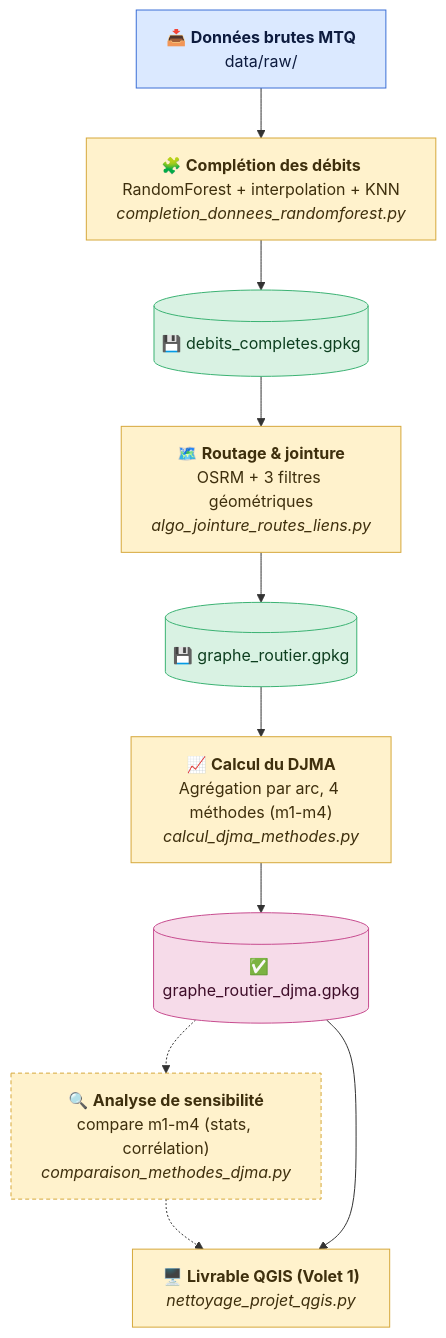
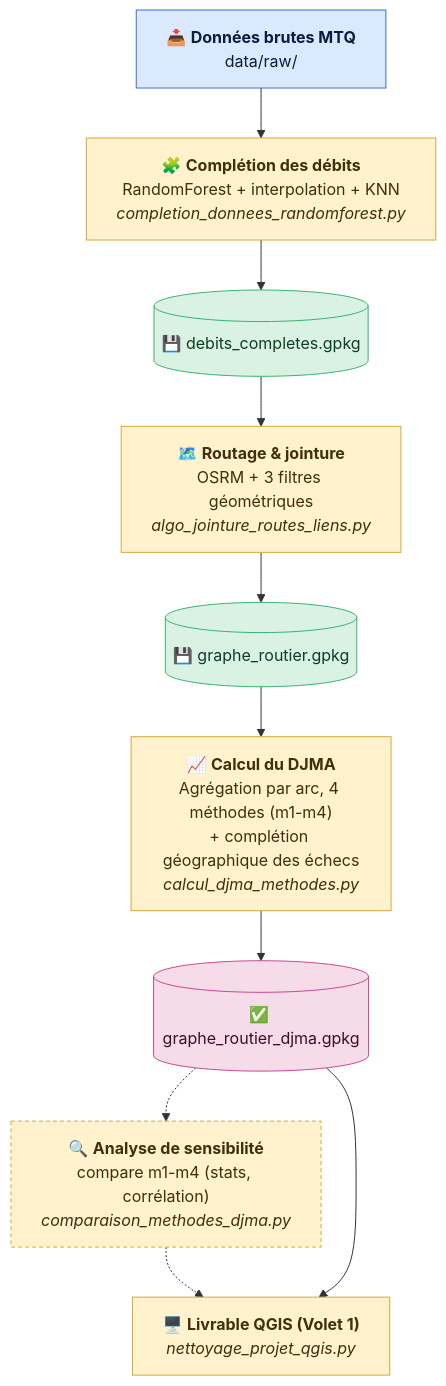
The diagram in README.md (akrambouznad789-cyber/projet-resilience-cirano), drawn with Mermaid before and after one commit. The commit also changed other lines of this file and 4 other files, not shown here.

````diff
--- a/README.md
+++ b/README.md
@@ -17,29 +17,29 @@
 ```mermaid
 flowchart TD
     A["📥 <b>Données brutes MTQ</b><br/>data/raw/"]
     B["🧩 <b>Complétion des débits</b><br/>RandomForest + interpolation + KNN<br/><i>completion_donnees_randomforest.py</i>"]
     C[("💾 debits_completes.gpkg")]
     D["🗺️ <b>Routage &amp; jointure</b><br/>OSRM + 3 filtres géométriques<br/><i>algo_jointure_routes_liens.py</i>"]
     E[("💾 graphe_routier.gpkg")]
-    F["📈 <b>Calcul du DJMA</b><br/>Agrégation par arc, 4 méthodes (m1-m4)<br/><i>calcul_djma_methodes.py</i>"]
+    F["📈 <b>Calcul du DJMA</b><br/>Agrégation par arc, 4 méthodes (m1-m4)<br/>+ complétion géographique des échecs<br/><i>calcul_djma_methodes.py</i>"]
     G[("✅ graphe_routier_djma.gpkg")]
     H["🔍 <b>Analyse de sensibilité</b><br/>compare m1-m4 (stats, corrélation)<br/><i>comparaison_methodes_djma.py</i>"]
     I["🖥️ <b>Livrable QGIS (Volet 1)</b><br/><i>nettoyage_projet_qgis.py</i>"]
 
     A --> B --> C --> D --> E --> F --> G
     G -.-> H
     H -.-> I
     G --> I
 
     classDef inputStyle fill:#dbe9ff,stroke:#3b6fd6,stroke-width:1px,color:#0d1b3e
     classDef scriptStyle fill:#fff2cc,stroke:#d6a83b,stroke-width:1px,color:#3e2f0d
     classDef dataStyle fill:#d9f2e3,stroke:#3bb273,stroke-width:1px,color:#0d3e1f
     classDef outputStyle fill:#f6dbe9,stroke:#c74c8f,stroke-width:1px,color:#3e0d29
     classDef qaStyle fill:#fff2cc,stroke:#d6a83b,stroke-width:1px,color:#3e2f0d,stroke-dasharray: 4 3
 
     class A inputStyle
     class B,D,F,I scriptStyle
     class H qaStyle
     class C,E dataStyle
     class G outputStyle
 ```
````
